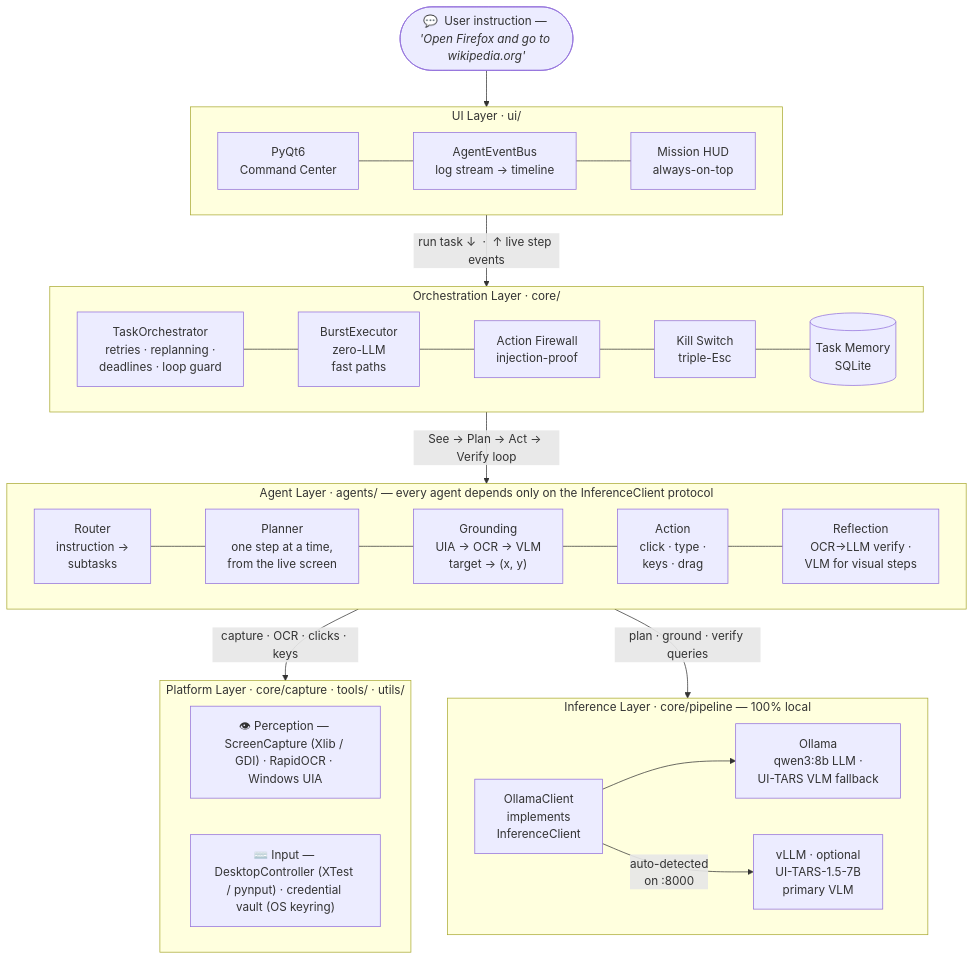
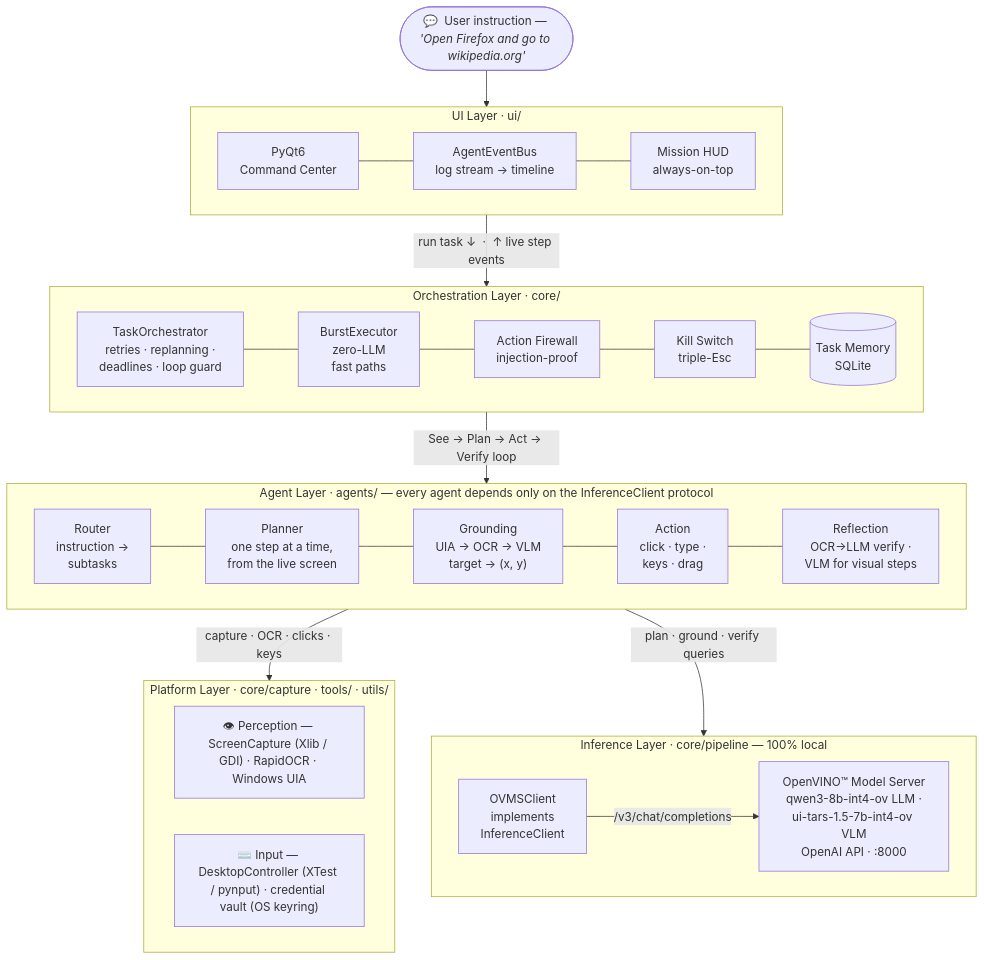
Before and after one commit to Shehrozkashif/OpenVINO-Autonomous-GUI-Agent: the diagram in README.md, drawn with Mermaid. The commit also changed other lines of this file and 22 other files, not shown here.

Commit message:
Replace Ollama/vLLM backend with OpenVINO Model Server (OVMS) for both LLM and VLM

````diff
--- a/README.md
+++ b/README.md
@@ -128,53 +128,51 @@
 ```mermaid
 flowchart TB
     USER(["💬 &nbsp;User instruction — <i>'Open Firefox and go to wikipedia.org'</i>"])
 
     subgraph UI_LAYER["&nbsp;UI Layer · ui/&nbsp;"]
         direction LR
         GUI["PyQt6<br/>Command Center"]
         EVBUS["AgentEventBus<br/>log stream → timeline"]
         HUD["Mission HUD<br/>always-on-top"]
         GUI --- EVBUS --- HUD
     end
 
     subgraph ORCH_LAYER["&nbsp;Orchestration Layer · core/&nbsp;"]
         direction LR
         ORCH["TaskOrchestrator<br/>retries · replanning ·<br/>deadlines · loop guard"]
         BURST["BurstExecutor<br/>zero-LLM<br/>fast paths"]
         FIREWALL["Action Firewall<br/>injection-proof"]
         KILL["Kill Switch<br/>triple-Esc"]
         MEMORY[("Task Memory<br/>SQLite")]
         ORCH --- BURST --- FIREWALL --- KILL --- MEMORY
     end
 
     subgraph AGENT_LAYER["&nbsp;Agent Layer · agents/ — every agent depends only on the InferenceClient protocol&nbsp;"]
         direction LR
         ROUTER["Router<br/>instruction →<br/>subtasks"]
         PLANNER["Planner<br/>one step at a time,<br/>from the live screen"]
         GROUND["Grounding<br/>UIA → OCR → VLM<br/>target → (x, y)"]
         ACTION["Action<br/>click · type ·<br/>keys · drag"]
         REFLECT["Reflection<br/>OCR→LLM verify ·<br/>VLM for visual steps"]
         ROUTER --- PLANNER --- GROUND --- ACTION --- REFLECT
     end
 
     subgraph PLATFORM_LAYER["&nbsp;Platform Layer · core/capture · tools/ · utils/&nbsp;"]
         direction LR
         PERCEPTION["👁 Perception — ScreenCapture (Xlib / GDI) · RapidOCR · Windows UIA"]
         INPUT["⌨️ Input — DesktopController (XTest / pynput) · credential vault (OS keyring)"]
     end
 
     subgraph INFER_LAYER["&nbsp;Inference Layer · core/pipeline — 100% local&nbsp;"]
         direction LR
-        OLLAMA["Ollama<br/>qwen3:8b LLM ·<br/>UI-TARS VLM fallback"]
-        CLIENT["OllamaClient<br/>implements<br/>InferenceClient"]
-        VLLM["vLLM · optional<br/>UI-TARS-1.5-7B<br/>primary VLM"]
-        CLIENT --> OLLAMA
-        CLIENT -- "auto-detected<br/>on :8000" --> VLLM
+        CLIENT["OVMSClient<br/>implements<br/>InferenceClient"]
+        OVMS["OpenVINO™ Model Server<br/>qwen3-8b-int4-ov LLM ·<br/>ui-tars-1.5-7b-int4-ov VLM<br/>OpenAI API · :8000"]
+        CLIENT -- "/v3/chat/completions" --> OVMS
     end
 
     USER --> UI_LAYER
     UI_LAYER -- "run task ↓ &nbsp;·&nbsp; ↑ live step events" --> ORCH_LAYER
     ORCH_LAYER -- "See → Plan → Act → Verify loop" --> AGENT_LAYER
     AGENT_LAYER -- "capture · OCR · clicks · keys" --> PLATFORM_LAYER
     AGENT_LAYER -- "plan · ground · verify queries" --> INFER_LAYER
 ```
````
